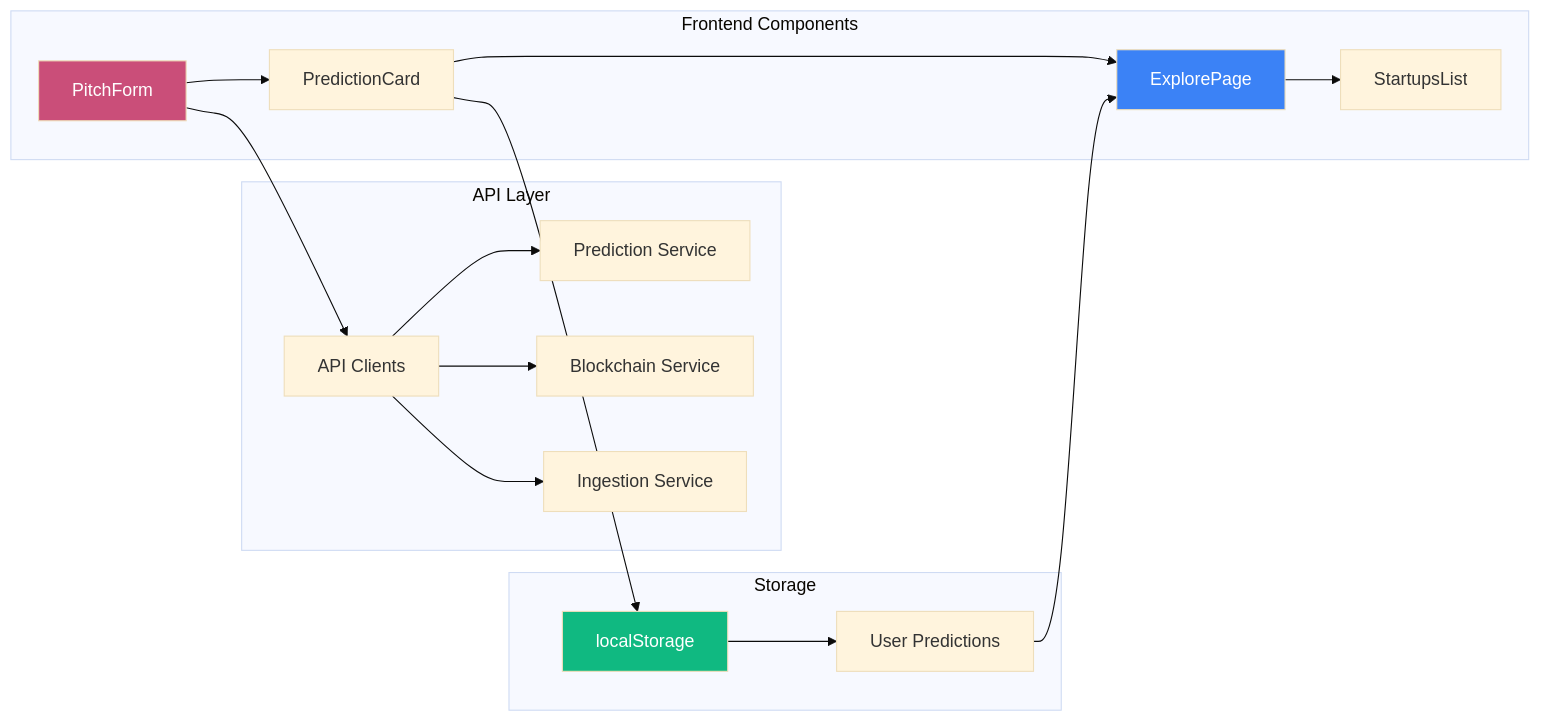
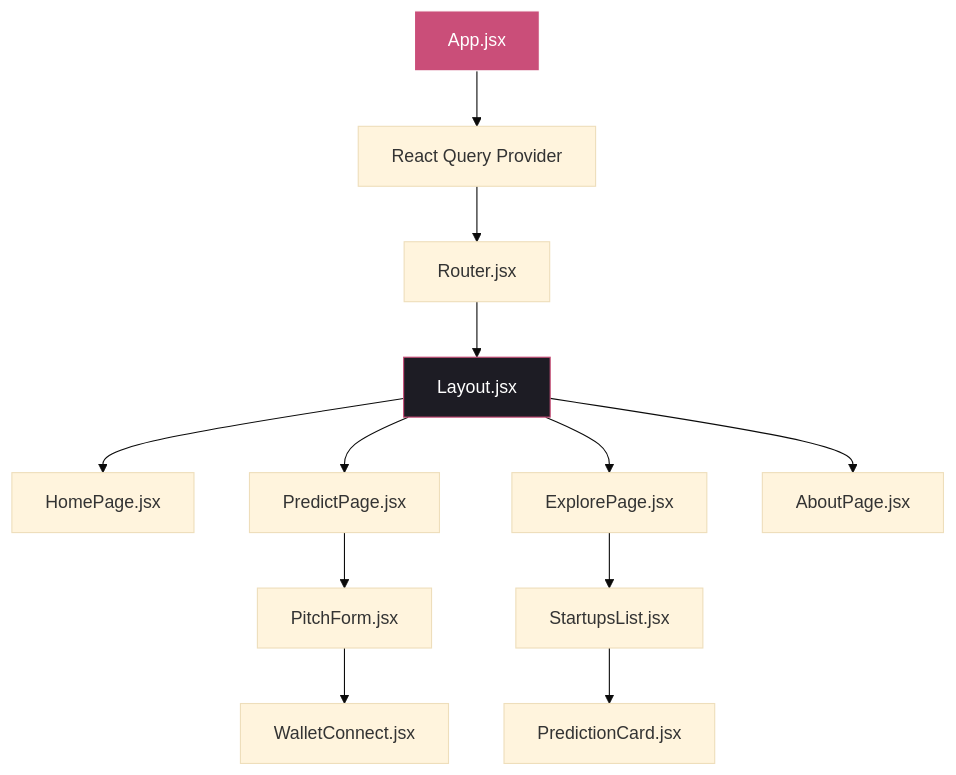
Before and after one commit to mysticalseeker24/SuperPage: the second of 3 diagrams in frontend/README.md, drawn with Mermaid (base theme). The commit also changed other lines of this file and 8 other files, not shown here.

````diff
--- a/frontend/README.md
+++ b/frontend/README.md
@@ -249,26 +123,18 @@
 ```mermaid
-graph LR
-    subgraph "Frontend Components"
-        PF[PitchForm] --> PC[PredictionCard]
-        PC --> EP[ExplorePage]
-        EP --> SL[StartupsList]
-    end
-
-    subgraph "API Layer"
-        AC[API Clients] --> PS[Prediction Service]
-        AC --> BS[Blockchain Service]
-        AC --> IS[Ingestion Service]
-    end
-
-    subgraph "Storage"
-        LS[localStorage] --> UP[User Predictions]
-        UP --> EP
-    end
-
-    PF --> AC
-    PC --> LS
-
-    style PF fill:#CA4E79,color:white
-    style LS fill:#10b981,color:white
-    style EP fill:#3b82f6,color:white
+graph TD
+    A[App.jsx] --> B[React Query Provider]
+    B --> C[Router.jsx]
+    C --> D[Layout.jsx]
+    D --> E[HomePage.jsx]
+    D --> F[PredictPage.jsx]
+    D --> G[ExplorePage.jsx]
+    D --> H[AboutPage.jsx]
+    
+    F --> I[PitchForm.jsx]
+    I --> J[WalletConnect.jsx]
+    G --> K[StartupsList.jsx]
+    K --> L[PredictionCard.jsx]
+    
+    style A fill:#CA4E79,stroke:#fff,color:#fff
+    style D fill:#1D1C24,stroke:#CA4E79,color:#fff
 ```
````
